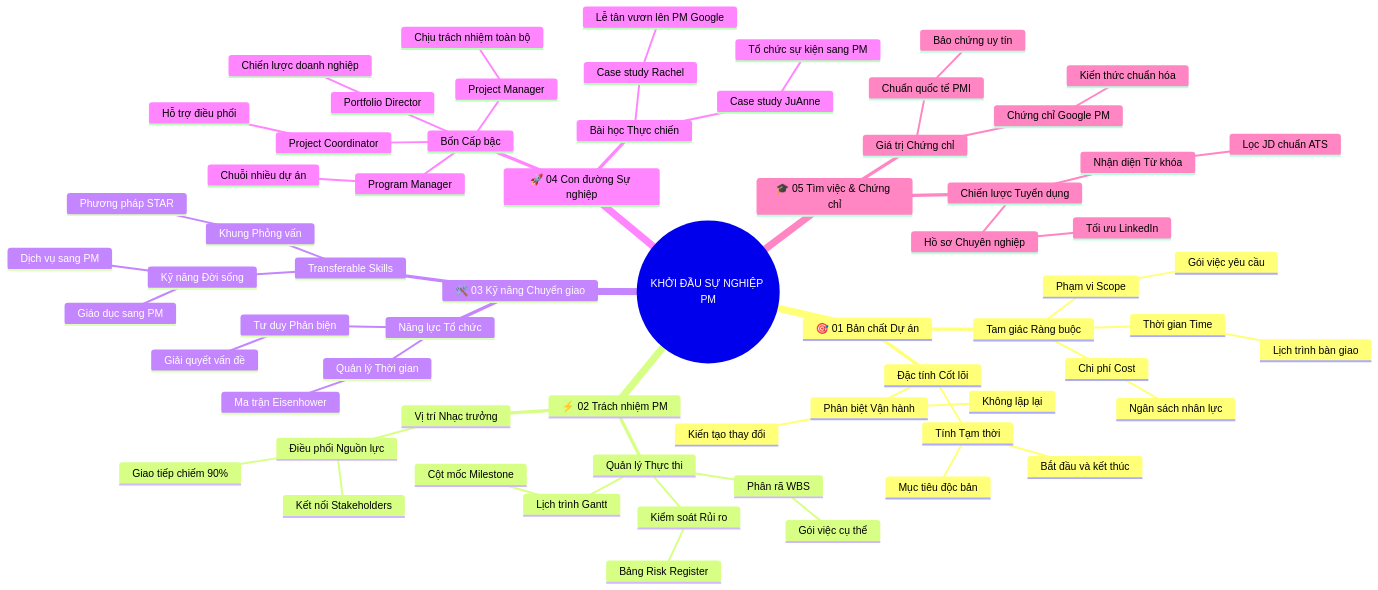
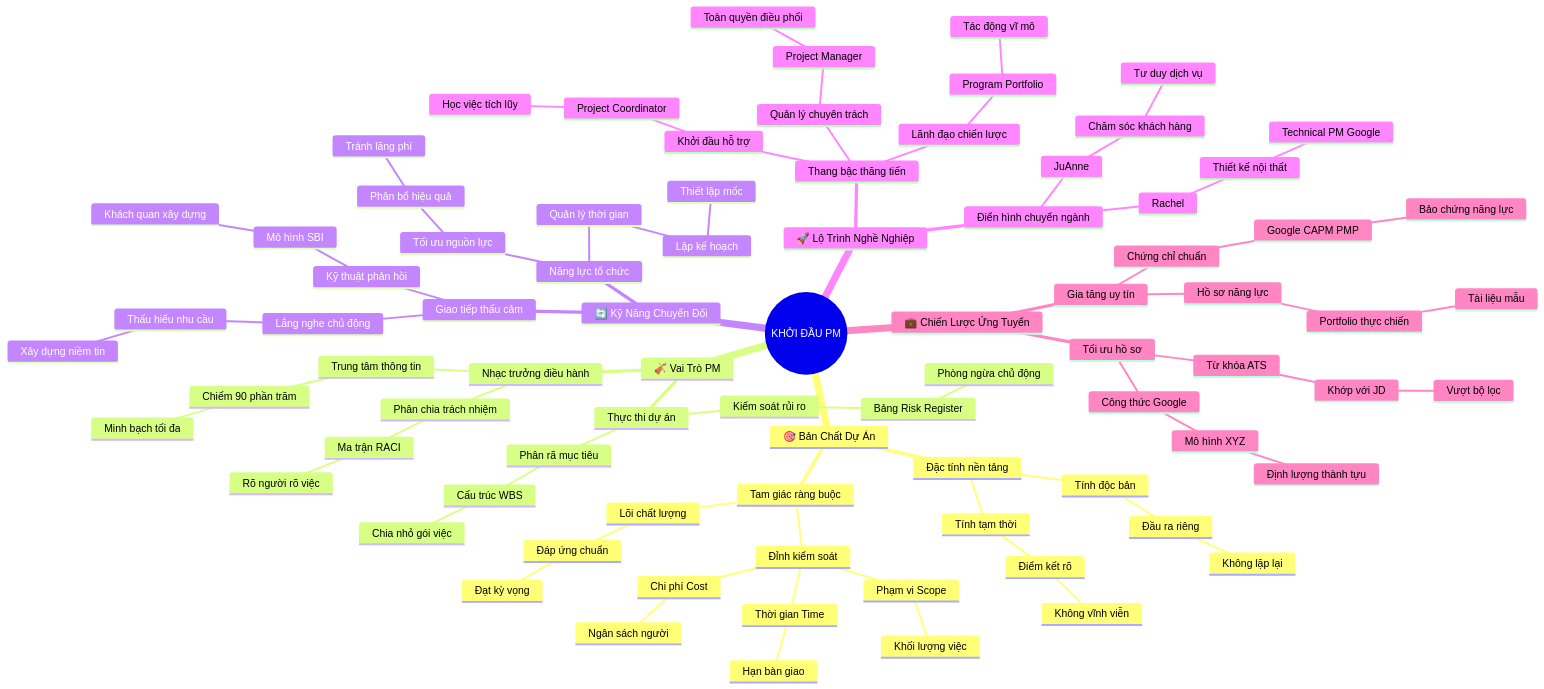
Before and after one commit to tibe2109/audio-book-refactor: the diagram in Kich-ban-clipchamp/Google-Project-Management-Coursera/01-Embarking-on-a-Career-in-Project-Management/mindmap.md, drawn with Mermaid. The commit also changed other lines of this file and 680 other files, not shown here.

````diff
--- a/Kich-ban-clipchamp/Google-Project-Management-Coursera/01-Embarking-on-a-Career-in-Project-Management/mindmap.md
+++ b/Kich-ban-clipchamp/Google-Project-Management-Coursera/01-Embarking-on-a-Career-in-Project-Management/mindmap.md
@@ -5,69 +5,86 @@
 ```mermaid
 mindmap
-  root((KHỞI ĐẦU SỰ NGHIỆP PM))
-    🎯 01 Bản chất Dự án
-      Đặc tính Cốt lõi
-        Tính Tạm thời
-          Bắt đầu và kết thúc
-          Mục tiêu độc bản
-        Phân biệt Vận hành
-          Không lặp lại
-          Kiến tạo thay đổi
-      Tam giác Ràng buộc
-        Phạm vi Scope
-          Gói việc yêu cầu
-        Thời gian Time
-          Lịch trình bàn giao
-        Chi phí Cost
-          Ngân sách nhân lực
-    ⚡ 02 Trách nhiệm PM
-      Vị trí Nhạc trưởng
-        Điều phối Nguồn lực
-          Giao tiếp chiếm 90%
-          Kết nối Stakeholders
-      Quản lý Thực thi
-        Phân rã WBS
-          Gói việc cụ thể
-        Lịch trình Gantt
-          Cột mốc Milestone
-        Kiểm soát Rủi ro
+  root((KHỞI ĐẦU PM))
+    🎯 Bản Chất Dự Án
+      Đặc tính nền tảng
+        Tính tạm thời
+          Điểm kết rõ
+            Không vĩnh viễn
+        Tính độc bản
+          Đầu ra riêng
+            Không lặp lại
+      Tam giác ràng buộc
+        Đỉnh kiểm soát
+          Phạm vi Scope
+            Khối lượng việc
+          Thời gian Time
+            Hạn bàn giao
+          Chi phí Cost
+            Ngân sách người
+        Lõi chất lượng
+          Đáp ứng chuẩn
+            Đạt kỳ vọng
+    🎻 Vai Trò PM
+      Nhạc trưởng điều hành
+        Trung tâm thông tin
+          Chiếm 90 phần trăm
+            Minh bạch tối đa
+        Phân chia trách nhiệm
+          Ma trận RACI
+            Rõ người rõ việc
+      Thực thi dự án
+        Phân rã mục tiêu
+          Cấu trúc WBS
+            Chia nhỏ gói việc
+        Kiểm soát rủi ro
           Bảng Risk Register
-    🛠️ 03 Kỹ năng Chuyển giao
-      Năng lực Tổ chức
-        Quản lý Thời gian
-          Ma trận Eisenhower
-        Tư duy Phản biện
-          Giải quyết vấn đề
-      Transferable Skills
-        Kỹ năng Đời sống
-          Giáo dục sang PM
-          Dịch vụ sang PM
-        Khung Phỏng vấn
-          Phương pháp STAR
-    🚀 04 Con đường Sự nghiệp
-      Bốn Cấp bậc
-        Project Coordinator
-          Hỗ trợ điều phối
-        Project Manager
-          Chịu trách nhiệm toàn bộ
-        Program Manager
-          Chuỗi nhiều dự án
-        Portfolio Director
-          Chiến lược doanh nghiệp
-      Bài học Thực chiến
-        Case study JuAnne
-          Tổ chức sự kiện sang PM
-        Case study Rachel
-          Lễ tân vươn lên PM Google
-    🎓 05 Tìm việc & Chứng chỉ
-      Chiến lược Tuyển dụng
-        Nhận diện Từ khóa
-          Lọc JD chuẩn ATS
-        Hồ sơ Chuyên nghiệp
-          Tối ưu LinkedIn
-      Giá trị Chứng chỉ
-        Chứng chỉ Google PM
-          Kiến thức chuẩn hóa
-        Chuẩn quốc tế PMI
-          Bảo chứng uy tín
+            Phòng ngừa chủ động
+    🔄 Kỹ Năng Chuyển Đổi
+      Năng lực tổ chức
+        Quản lý thời gian
+          Lập kế hoạch
+            Thiết lập mốc
+        Tối ưu nguồn lực
+          Phân bổ hiệu quả
+            Tránh lãng phí
+      Giao tiếp thấu cảm
+        Lắng nghe chủ động
+          Thấu hiểu nhu cầu
+            Xây dựng niềm tin
+        Kỹ thuật phản hồi
+          Mô hình SBI
+            Khách quan xây dựng
+    🚀 Lộ Trình Nghề Nghiệp
+      Thang bậc thăng tiến
+        Khởi đầu hỗ trợ
+          Project Coordinator
+            Học việc tích lũy
+        Quản lý chuyên trách
+          Project Manager
+            Toàn quyền điều phối
+        Lãnh đạo chiến lược
+          Program Portfolio
+            Tác động vĩ mô
+      Điển hình chuyển ngành
+        JuAnne
+          Chăm sóc khách hàng
+            Tư duy dịch vụ
+        Rachel
+          Thiết kế nội thất
+            Technical PM Google
+    💼 Chiến Lược Ứng Tuyển
+      Tối ưu hồ sơ
+        Từ khóa ATS
+          Khớp với JD
+            Vượt bộ lọc
+        Công thức Google
+          Mô hình XYZ
+            Định lượng thành tựu
+      Gia tăng uy tín
+        Chứng chỉ chuẩn
+          Google CAPM PMP
+            Bảo chứng năng lực
+        Hồ sơ năng lực
+          Portfolio thực chiến
+            Tài liệu mẫu
 ```
````
